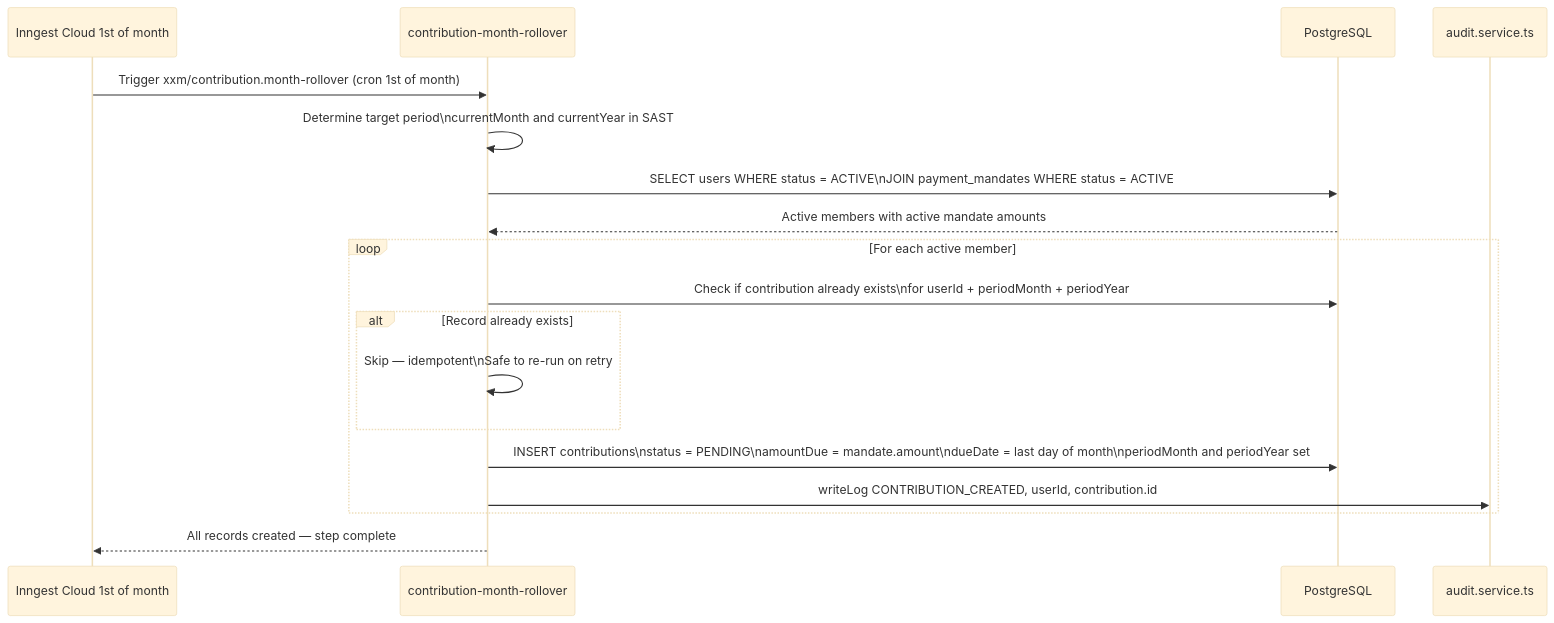
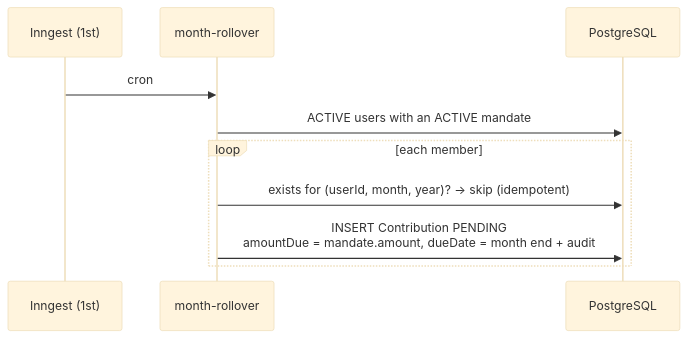
Before and after one commit to KSDRILL-SA/Xkimi-Xa-Mali: the third of 4 diagrams in docs/flows/03-contribution-lifecycle.md, drawn with Mermaid (base theme). The commit also changed other lines of this file and 4 other files, not shown here.

First line of the commit message:
docs: tighten flow diagrams and correct stale framing (#190)

````diff
--- a/docs/flows/03-contribution-lifecycle.md
+++ b/docs/flows/03-contribution-lifecycle.md
@@ -59,23 +50,13 @@
 ```mermaid
 sequenceDiagram
-    participant IC as Inngest Cloud 1st of month
-    participant JOB as contribution-month-rollover
+    participant IC as Inngest (1st)
+    participant JOB as month-rollover
     participant DB as PostgreSQL
-    participant AUDIT as audit.service.ts
 
-    IC->>JOB: Trigger xxm/contribution.month-rollover (cron 1st of month)
-    JOB->>JOB: Determine target period\ncurrentMonth and currentYear in SAST
-    JOB->>DB: SELECT users WHERE status = ACTIVE\nJOIN payment_mandates WHERE status = ACTIVE
-    DB-->>JOB: Active members with active mandate amounts
-
-    loop For each active member
-        JOB->>DB: Check if contribution already exists\nfor userId + periodMonth + periodYear
-        alt Record already exists
-            JOB->>JOB: Skip — idempotent\nSafe to re-run on retry
-        end
-        JOB->>DB: INSERT contributions\nstatus = PENDING\namountDue = mandate.amount\ndueDate = last day of month\nperiodMonth and periodYear set
-        JOB->>AUDIT: writeLog CONTRIBUTION_CREATED, userId, contribution.id
+    IC->>JOB: cron
+    JOB->>DB: ACTIVE users with an ACTIVE mandate
+    loop each member
+        JOB->>DB: exists for (userId, month, year)? → skip (idempotent)
+        JOB->>DB: INSERT Contribution PENDING<br/>amountDue = mandate.amount, dueDate = month end + audit
     end
-
-    JOB-->>IC: All records created — step complete
 ```
````
